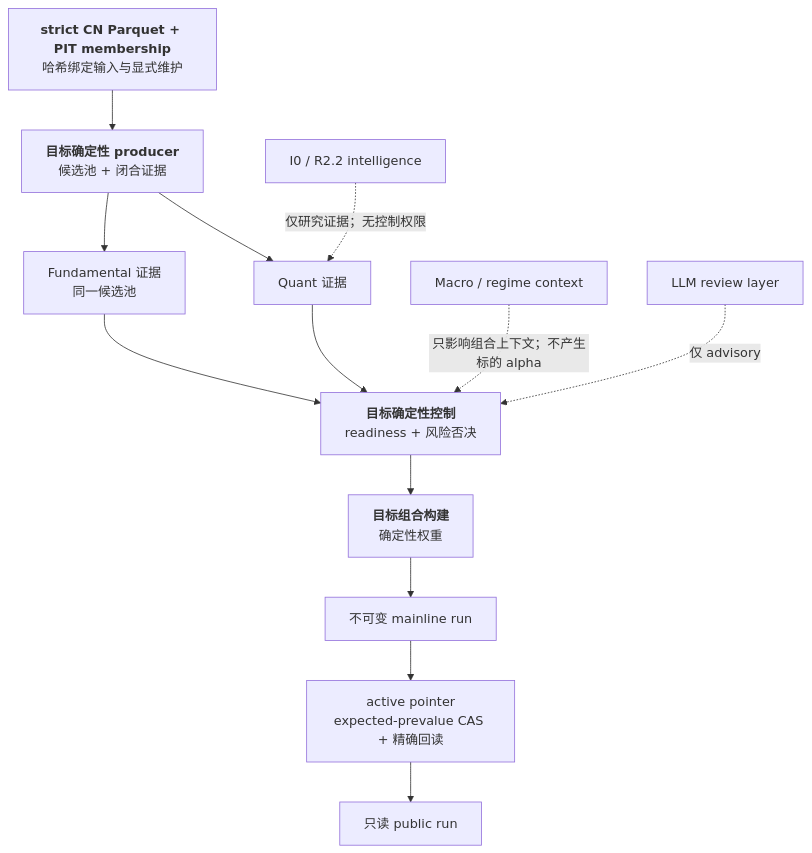
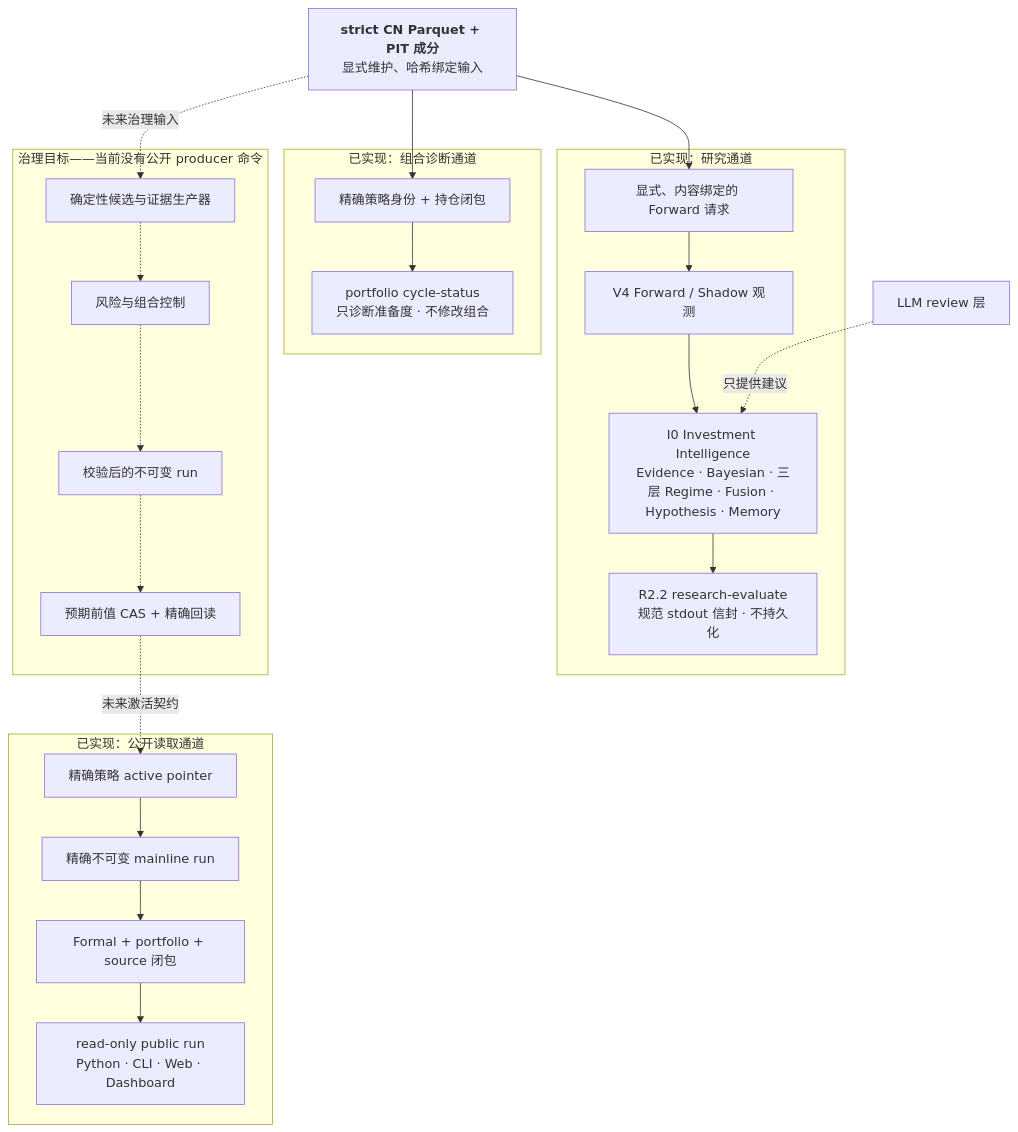
Before and after one commit to alpha-mw/myQuant: the diagram in README.zh-CN.md, drawn with Mermaid. The commit also changed other lines of this file and 1 other file, not shown here.

Commit message:
Rewrite README to document quantitative research framework and authority

````diff
--- a/README.zh-CN.md
+++ b/README.zh-CN.md
@@ -116,15 +65,32 @@
 ```mermaid
 flowchart TD
-    D["<b>strict CN Parquet + PIT membership</b><br/>哈希绑定输入与显式维护"] --> F["<b>目标确定性 producer</b><br/>候选池 + 闭合证据"]
-    F --> Q["Quant 证据"]
-    F --> FD["Fundamental 证据<br/>同一候选池"]
-    MA["Macro / regime context"] -. "只影响组合上下文；不产生标的 alpha" .-> C
-    Q --> C["<b>目标确定性控制</b><br/>readiness + 风险否决"]
-    FD --> C
-    C --> PC["<b>目标组合构建</b><br/>确定性权重"]
-    PC --> MR["不可变 mainline run"]
-    MR --> AP["active pointer<br/>expected-prevalue CAS + 精确回读"]
-    AP --> PB["只读 public run"]
-    I0["I0 / R2.2 intelligence"] -. "仅研究证据；无控制权限" .-> Q
-    LLM["LLM review layer"] -. "仅 advisory" .-> C
+    D["<b>strict CN Parquet + PIT 成分</b><br/>显式维护、哈希绑定输入"]
+
+    subgraph PR["已实现：公开读取通道"]
+        AP["精确策略 active pointer"] --> MR["精确不可变 mainline run"]
+        MR --> CL["Formal + portfolio + source 闭包"]
+        CL --> PUB["read-only public run<br/>Python · CLI · Web · Dashboard"]
+    end
+
+    subgraph RR["已实现：研究通道"]
+        FR["显式、内容绑定的 Forward 请求"] --> SH["V4 Forward / Shadow 观测"]
+        SH --> I0["I0 Investment Intelligence<br/>Evidence · Bayesian · 三层 Regime · Fusion · Hypothesis · Memory"]
+        I0 --> R22["R2.2 research-evaluate<br/>规范 stdout 信封 · 不持久化"]
+    end
+
+    subgraph PD["已实现：组合诊断通道"]
+        ID["精确策略身份 + 持仓闭包"] --> CS["portfolio cycle-status<br/>只诊断准备度 · 不修改组合"]
+    end
+
+    subgraph GT["治理目标——当前没有公开 producer 命令"]
+        TP["确定性候选与证据生产器"] -.-> TC["风险与组合控制"]
+        TC -.-> TR["校验后的不可变 run"]
+        TR -.-> TA["预期前值 CAS + 精确回读"]
+    end
+
+    D --> FR
+    D --> ID
+    D -. "未来治理输入" .-> TP
+    TA -. "未来激活契约" .-> AP
+    LLM["LLM review 层"] -. "只提供建议" .-> I0
 ```
````
